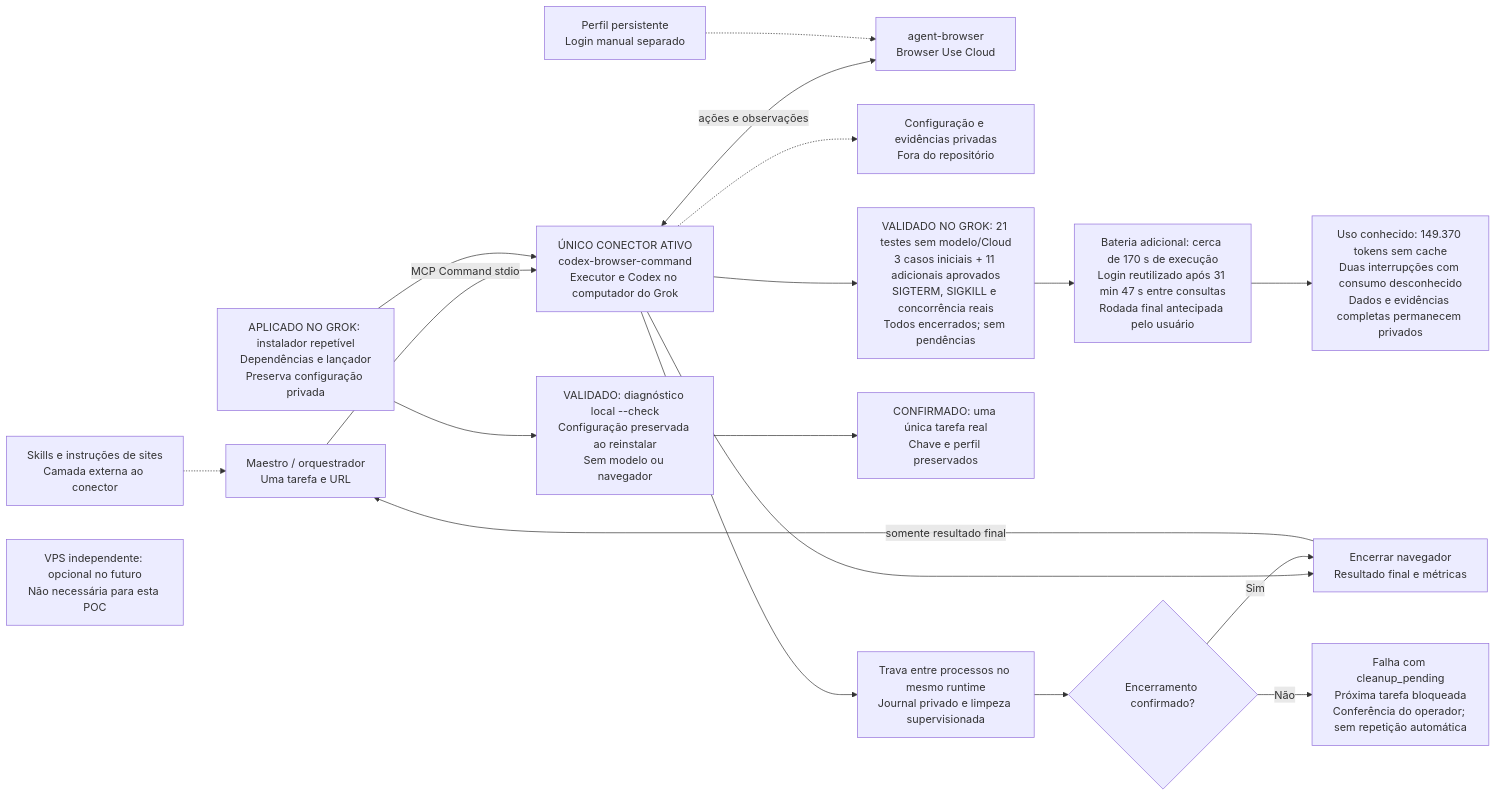
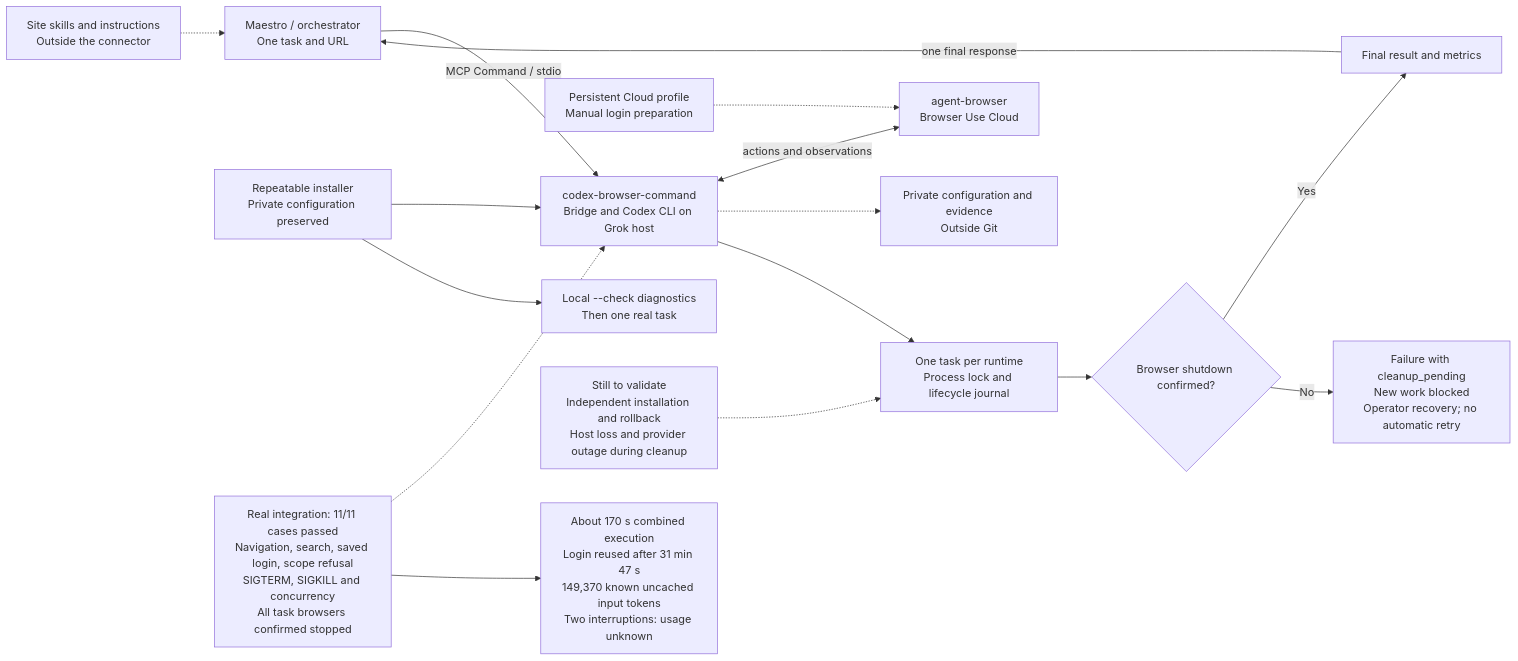
Before and after one commit to holive/codex-browser-bridge: the diagram in docs/architecture.mmd, drawn with Mermaid. The commit also changed 14 other files, not shown here.

Commit message:
Use explicit Cloud session ownership and consolidate operator docs

```diff
--- a/docs/architecture.mmd
+++ b/docs/architecture.mmd
@@ -1,19 +1,16 @@
 flowchart LR
-    K["Skills e instruções de sites<br/>Camada externa ao conector"] -.-> O["Maestro / orquestrador<br/>Uma tarefa e URL"]
-    O -->|MCP Command stdio| G["ÚNICO CONECTOR ATIVO<br/>codex-browser-command<br/>Executor e Codex no computador do Grok"]
-    G <-->|ações e observações| B["agent-browser<br/>Browser Use Cloud"]
-    P["Perfil persistente<br/>Login manual separado"] -.-> B
-    G --> C["Encerrar navegador<br/>Resultado final e métricas"]
-    C -->|somente resultado final| O
-    G -.-> L["Configuração e evidências privadas<br/>Fora do repositório"]
-    G --> R["VALIDADO NO GROK: 21 testes sem modelo/Cloud<br/>3 casos iniciais + 11 adicionais aprovados<br/>SIGTERM, SIGKILL e concorrência reais<br/>Todos encerrados; sem pendências"]
-    V["VPS independente: opcional no futuro<br/>Não necessária para esta POC"]
-    S["APLICADO NO GROK: instalador repetível<br/>Dependências e lançador<br/>Preserva configuração privada"] --> G
-    S --> D["VALIDADO: diagnóstico local --check<br/>Configuração preservada ao reinstalar<br/>Sem modelo ou navegador"]
-    D --> F["CONFIRMADO: uma única tarefa real<br/>Chave e perfil preservados"]
-    G --> H["Trava entre processos no mesmo runtime<br/>Journal privado e limpeza supervisionada"]
-    H --> U{"Encerramento confirmado?"}
-    U -->|Sim| C
-    U -->|Não| X["Falha com cleanup_pending<br/>Próxima tarefa bloqueada<br/>Conferência do operador; sem repetição automática"]
-    R --> I["Bateria adicional: cerca de 170 s de execução<br/>Login reutilizado após 31 min 47 s entre consultas<br/>Rodada final antecipada pelo usuário"]
-    I --> T["Uso conhecido: 149.370 tokens sem cache<br/>Duas interrupções com consumo desconhecido<br/>Dados e evidências completas permanecem privados"]
+    K["Site skills and instructions<br/>Outside the connector"] -.-> O["Maestro / orchestrator<br/>One task and URL"]
+    O -->|MCP Command / stdio| G["codex-browser-command<br/>Bridge and Codex CLI on Grok host"]
+    G <-->|actions and observations| B["agent-browser<br/>Browser Use Cloud"]
+    P["Persistent Cloud profile<br/>Manual login preparation"] -.-> B
+    G -.-> L["Private configuration and evidence<br/>Outside Git"]
+    G --> H["One task per runtime<br/>Process lock and lifecycle journal"]
+    H --> U{"Browser shutdown confirmed?"}
+    U -->|Yes| C["Final result and metrics"]
+    C -->|one final response| O
+    U -->|No| X["Failure with cleanup_pending<br/>New work blocked<br/>Operator recovery; no automatic retry"]
+    S["Repeatable installer<br/>Private configuration preserved"] --> G
+    S --> D["Local --check diagnostics<br/>Then one real task"]
+    R["Real integration: 11/11 cases passed<br/>Navigation, search, saved login, scope refusal<br/>SIGTERM, SIGKILL and concurrency<br/>All task browsers confirmed stopped"] -.-> G
+    R --> I["About 170 s combined execution<br/>Login reused after 31 min 47 s<br/>149,370 known uncached input tokens<br/>Two interruptions: usage unknown"]
+    Q["Still to validate<br/>Independent installation and rollback<br/>Host loss and provider outage during cleanup"] -.-> H
```
